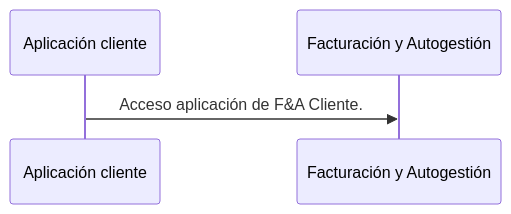
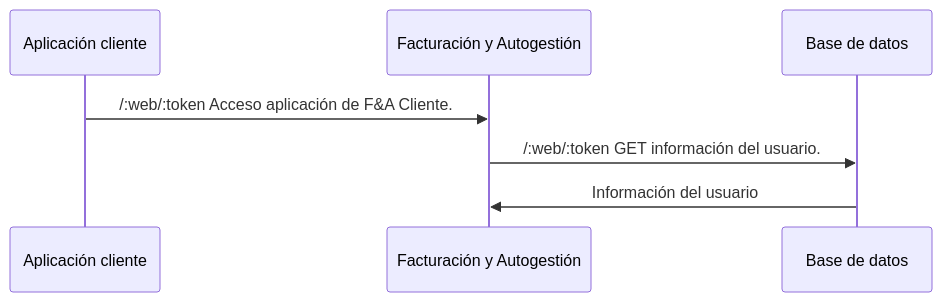
The diagram in integracion/clientes.md (LaggerP/facturacion-documentation), drawn with Mermaid before and after one commit. The commit also changed other lines of this file and 2 other files, not shown here.

Commit message:
se actualizo metodo para traer data de usuario a partir de su token

````diff
--- a/integracion/clientes.md
+++ b/integracion/clientes.md
@@ -9,8 +9,9 @@
 ```mermaid
 sequenceDiagram
     participant A as Aplicación cliente
     participant F as Facturación y Autogestión
-    A->>F: Acceso aplicación de F&A Cliente.
- 
-
+    participant BD as Base de datos
+    A->>F: /:web/:token Acceso aplicación de F&A Cliente.
+    F->>BD: /:web/:token GET información del usuario.
+    BD->>F: Información del usuario
 ```
````
